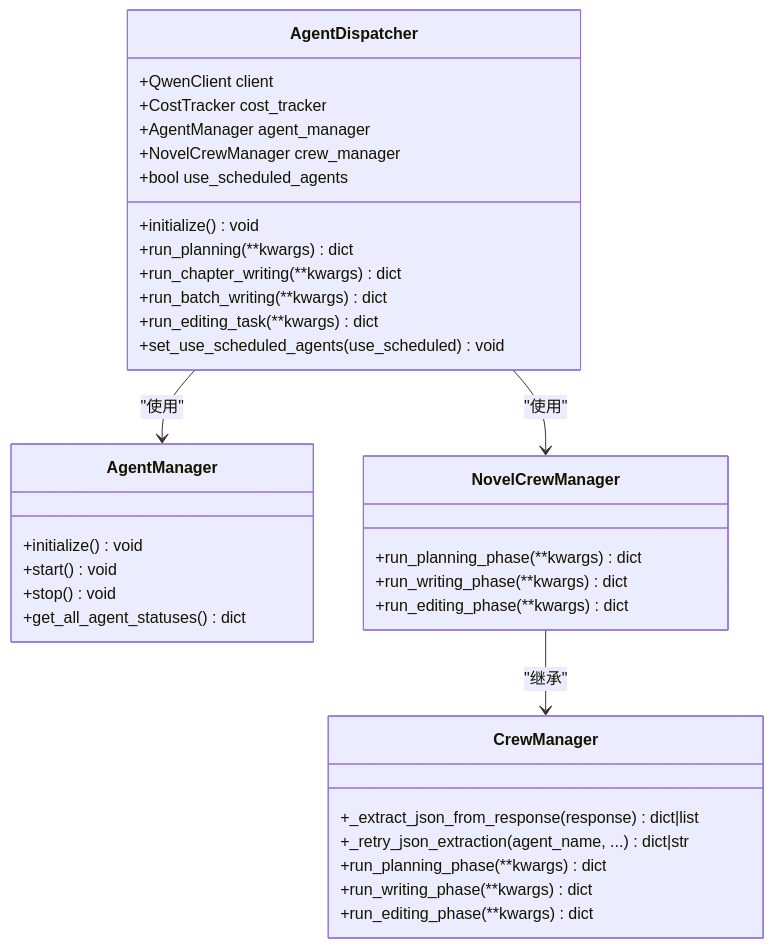
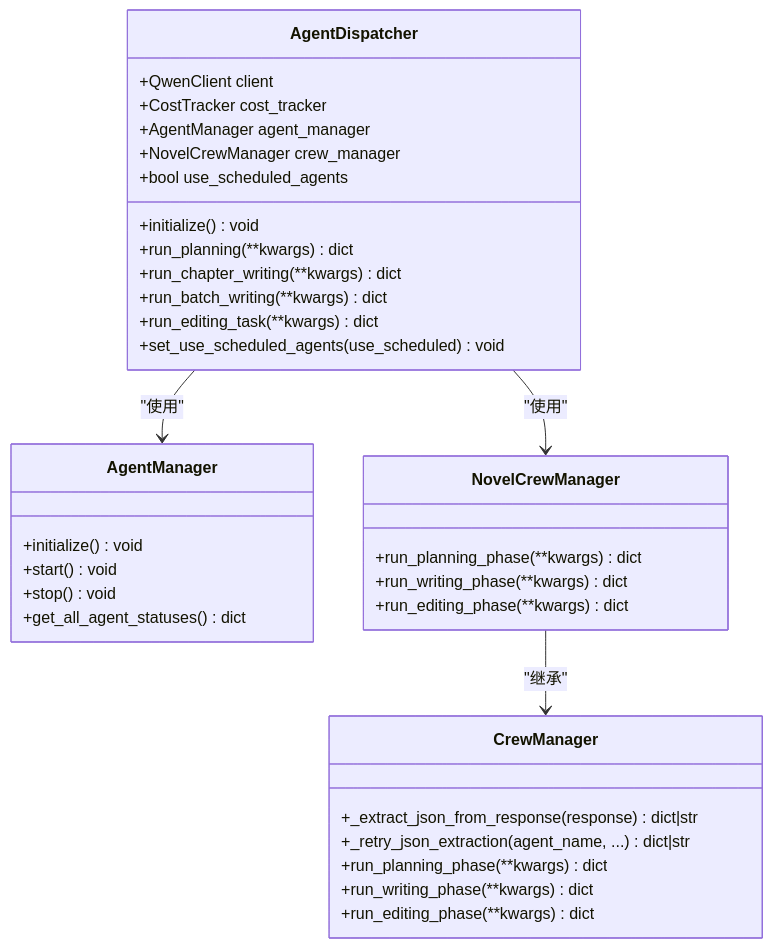
Diagram 12 of 18 in .qoder/repowiki/zh/content/Generation Service.md (xfbyxq/ai-novel-system), drawn with Mermaid before and after one commit. The commit also changed other lines of this file and 19 other files, not shown here.

First line of the commit message:
feat(graph): 新增图数据库完整支持与AI聊天集成

````diff
--- a/.qoder/repowiki/zh/content/Generation Service.md
+++ b/.qoder/repowiki/zh/content/Generation Service.md
@@ -387,37 +724,37 @@
 ```mermaid
 classDiagram
 class AgentDispatcher {
 +QwenClient client
 +CostTracker cost_tracker
 +AgentManager agent_manager
 +NovelCrewManager crew_manager
 +bool use_scheduled_agents
 +initialize() void
 +run_planning(**kwargs) dict
 +run_chapter_writing(**kwargs) dict
 +run_batch_writing(**kwargs) dict
 +run_editing_task(**kwargs) dict
 +set_use_scheduled_agents(use_scheduled) void
 }
 class AgentManager {
 +initialize() void
 +start() void
 +stop() void
 +get_all_agent_statuses() dict
 }
 class NovelCrewManager {
 +run_planning_phase(**kwargs) dict
 +run_writing_phase(**kwargs) dict
 +run_editing_phase(**kwargs) dict
 }
 class CrewManager {
-+_extract_json_from_response(response) dict|list
++_extract_json_from_response(response) dict|str
 +_retry_json_extraction(agent_name, ...) dict|str
 +run_planning_phase(**kwargs) dict
 +run_writing_phase(**kwargs) dict
 +run_editing_phase(**kwargs) dict
 }
 AgentDispatcher --> AgentManager : "使用"
 AgentDispatcher --> NovelCrewManager : "使用"
 NovelCrewManager --> CrewManager : "继承"
 ```
````
